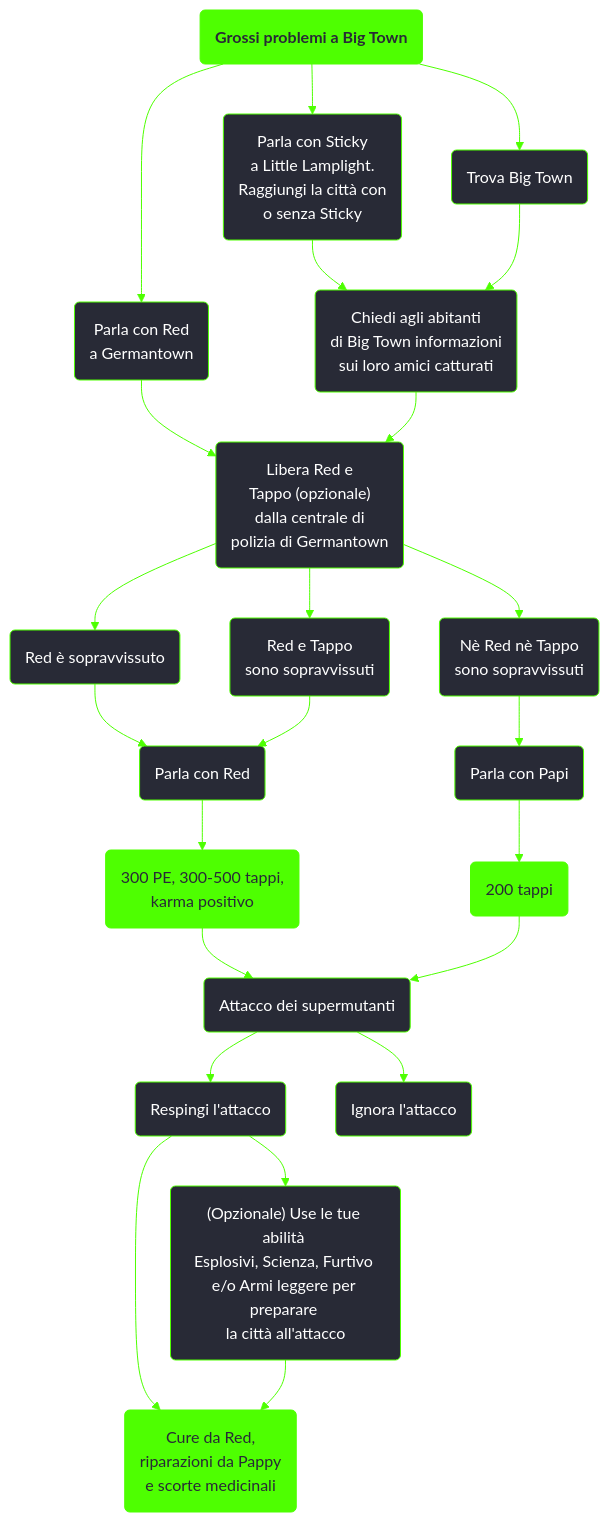
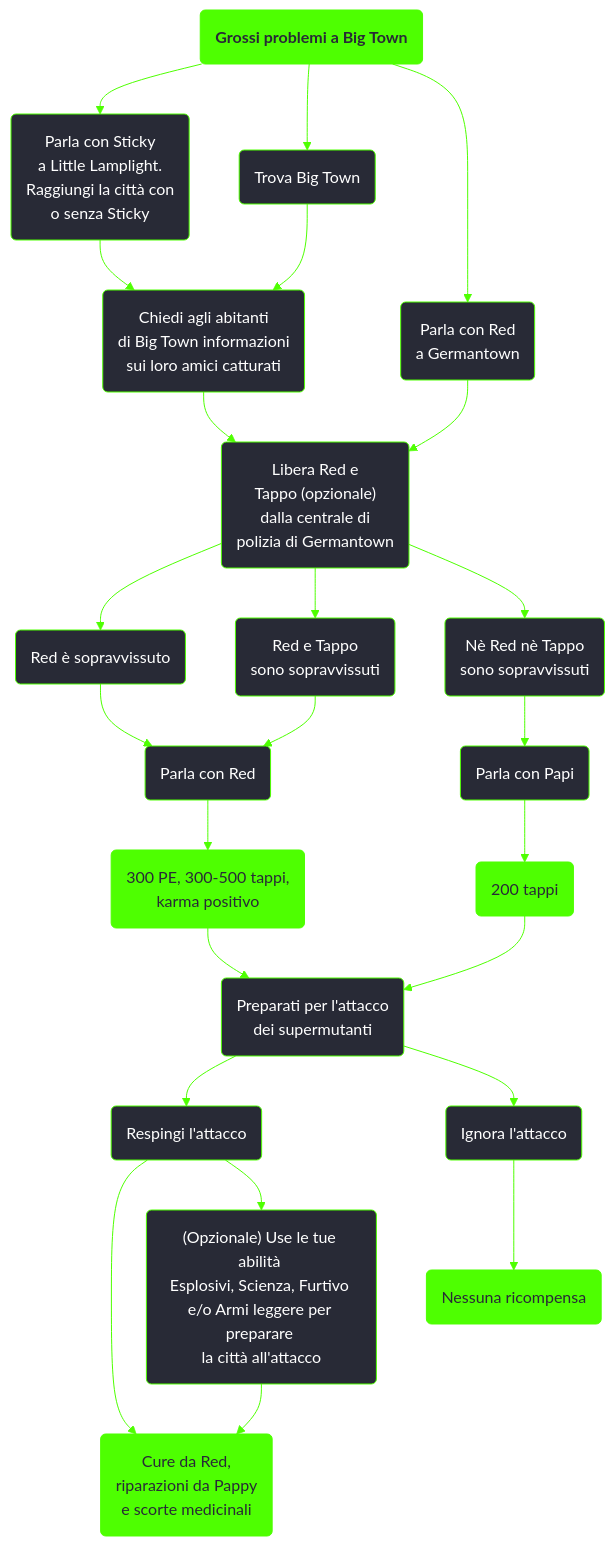
Before and after one commit to persy/wastelander: the diagram in content/voci/fallout 3/missioni/Grossi problemi a Big Town.md, drawn with Mermaid. The commit also changed other lines of this file and 20 other files, not shown here.

````diff
--- a/content/voci/fallout 3/missioni/Grossi problemi a Big Town.md
+++ b/content/voci/fallout 3/missioni/Grossi problemi a Big Town.md
@@ -32,35 +32,37 @@
 ```mermaid
 %%{init: {'theme': 'base', 'themeVariables': { 'primaryColor': '#282a36', 'primaryBorderColor': '#4eff01', 'primaryTextColor': '#fff', 'lineColor': '#4eff01', 'fontFamily': 'Jura'}}}%%
 graph TD;
     id1(<b>Grossi problemi a Big Town</b>):::questfo3
     id2(Parla con Sticky <br />a Little Lamplight. <br />Raggiungi la città con <br />o senza Sticky)
     id3(Trova Big Town)
     id4(Parla con Red <br />a Germantown)
     id5(Chiedi agli abitanti <br />di Big Town informazioni <br />sui loro amici catturati )
     id6("Libera Red e <br />Tappo (opzionale) <br />dalla centrale di <br />polizia di Germantown")
     id7(Red è sopravvissuto) 
     id8(Red e Tappo <br />sono sopravvissuti)
     id9(Nè Red nè Tappo <br />sono sopravvissuti)
     id10(Parla con Red)
     id11(Parla con Papi)
     id12(300 PE, 300-500 tappi, <br />karma positivo):::rewardfo3
     id13(200 tappi):::rewardfo3
-    id14(Attacco dei supermutanti)
+    id14(Preparati per l'attacco <br />dei supermutanti)
     id15(Respingi l'attacco)
     id16("(Opzionale) Use le tue abilità <br />Esplosivi, Scienza, Furtivo <br />e/o Armi leggere per preparare <br />la città all'attacco")
     id17(Ignora l'attacco)
     id18("Cure da Red, <br />riparazioni da Pappy <br />e scorte medicinali"):::rewardfo3
+    id19(Nessuna ricompensa):::rewardfo3
+    
     id1-->id2 & id3 & id4
     id2 & id3-->id5
     id4 & id5-->id6
     id6-->id7 & id8 & id9
     id7 & id8-->id10-->id12
     id9-->id11-->id13
     id12 & id13-->id14 
     id14-->id15 -->id18 
     id15-->id16-->id18
-    id14-->id17
+    id14-->id17-->id19
     
     classDef rewardfo3 fill:#4eff01, stroke:#4eff01, color:#282a36;
     classDef questfo3 fill:#4eff01, stroke:#4eff01, color:#282a36;
 ```
````
